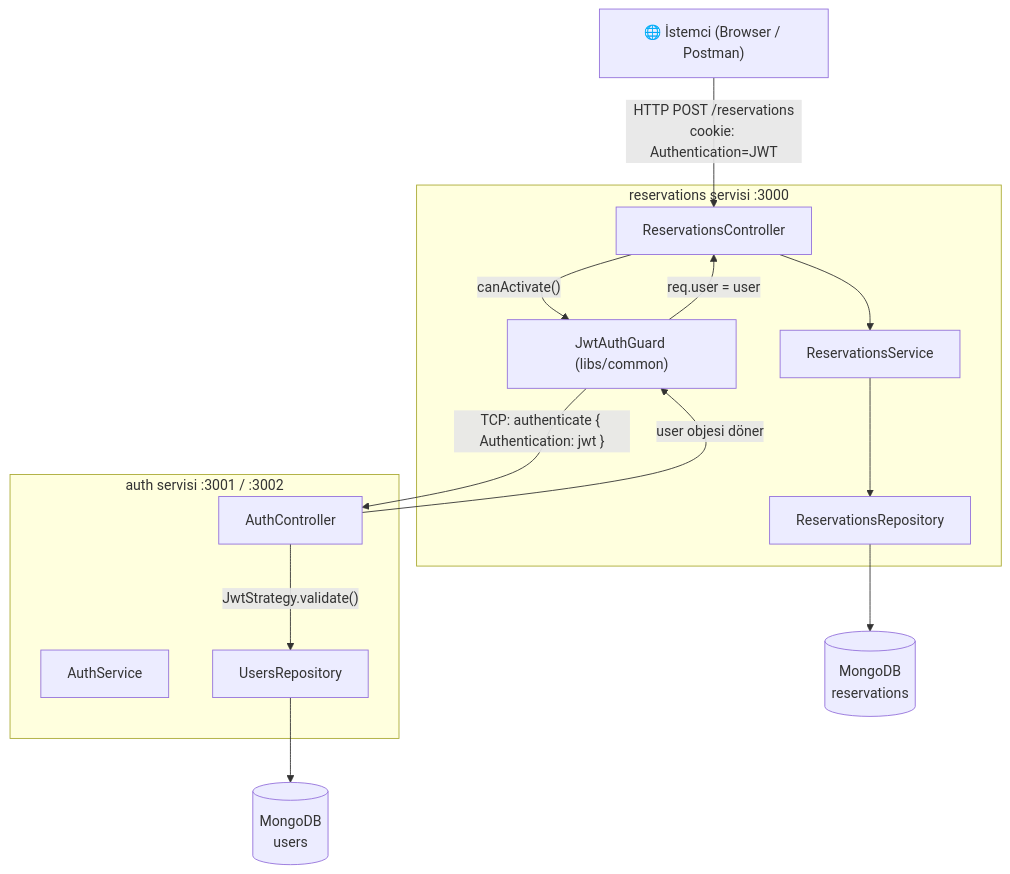
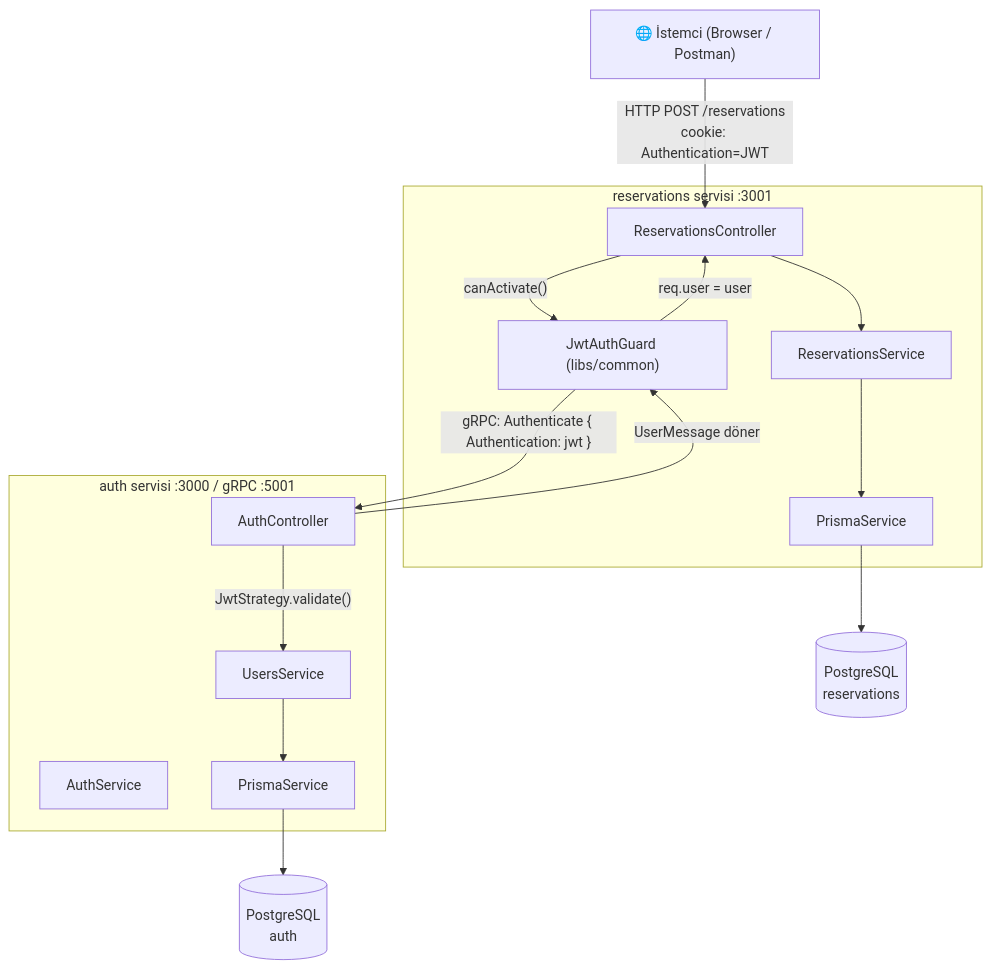
The first of 7 diagrams in docs/ARCHITECTURE.md (HuseyinKaraman/nestjs-microservice), drawn with Mermaid before and after one commit. The commit also changed other lines of this file and 3 other files, not shown here.

First line of the commit message:
docs: update docs for Prisma/PostgreSQL and gRPC

````diff
--- a/docs/ARCHITECTURE.md
+++ b/docs/ARCHITECTURE.md
@@ -16,31 +18,31 @@
 ```mermaid
 graph TD
     Client["🌐 İstemci (Browser / Postman)"]
 
-    subgraph Reservations["reservations servisi :3000"]
+    subgraph Reservations["reservations servisi :3001"]
         RC[ReservationsController]
         RS[ReservationsService]
-        RR[ReservationsRepository]
+        RP[PrismaService]
         Guard["JwtAuthGuard (libs/common)"]
     end
 
-    subgraph Auth["auth servisi :3001 / :3002"]
+    subgraph Auth["auth servisi :3000 / gRPC :5001"]
         AC[AuthController]
         AS[AuthService]
-        UR[UsersRepository]
+        US[UsersService]
+        AP[PrismaService]
     end
 
-    MongoDB1[("MongoDB\nreservations")]
-    MongoDB2[("MongoDB\nusers")]
+    DB1[("PostgreSQL\nreservations")]
+    DB2[("PostgreSQL\nauth")]
 
     Client -->|"HTTP POST /reservations\ncookie: Authentication=JWT"| RC
     RC -->|"canActivate()"| Guard
-    Guard -->|"TCP: authenticate { Authentication: jwt }"| AC
-    AC -->|"JwtStrategy.validate()"| UR
-    UR --> MongoDB2
-    AC -->|"user objesi döner"| Guard
+    Guard -->|"gRPC: Authenticate { Authentication: jwt }"| AC
+    AC -->|"JwtStrategy.validate()"| US
+    US --> AP --> DB2
+    AC -->|"UserMessage döner"| Guard
     Guard -->|"req.user = user"| RC
     RC --> RS
-    RS --> RR
-    RR --> MongoDB1
+    RS --> RP --> DB1
 ```
````
